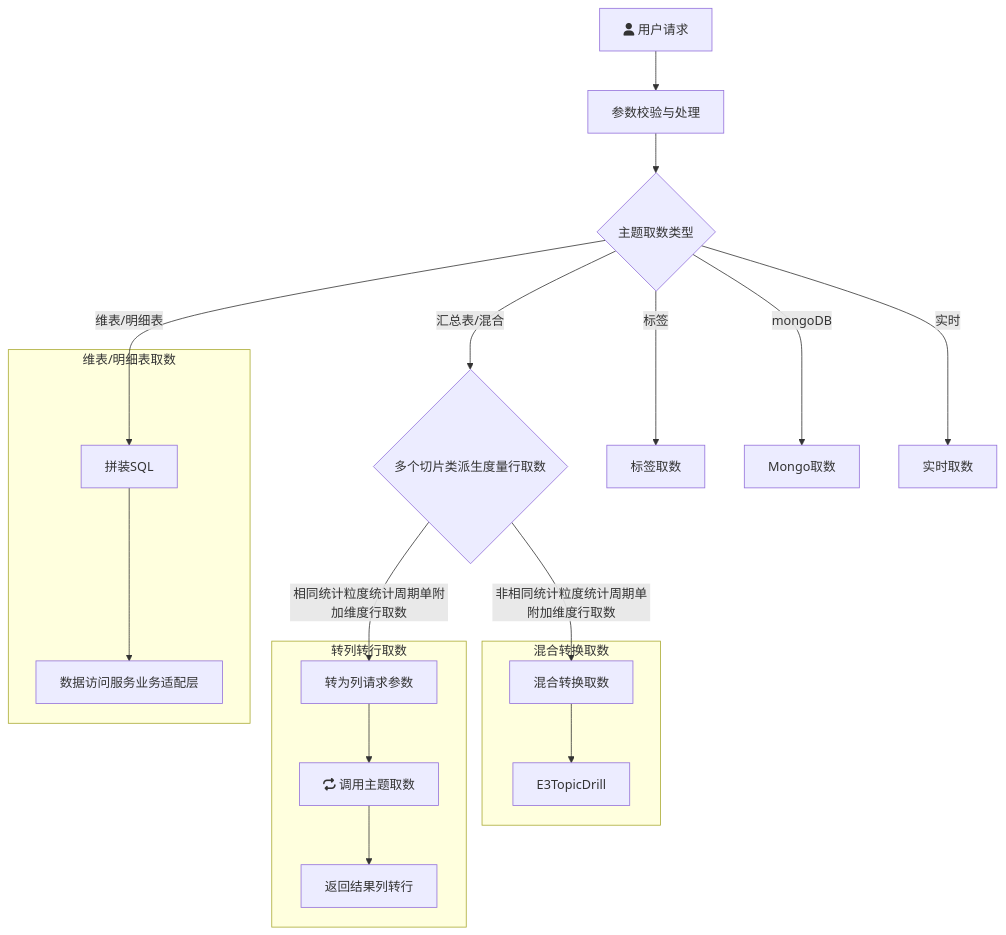
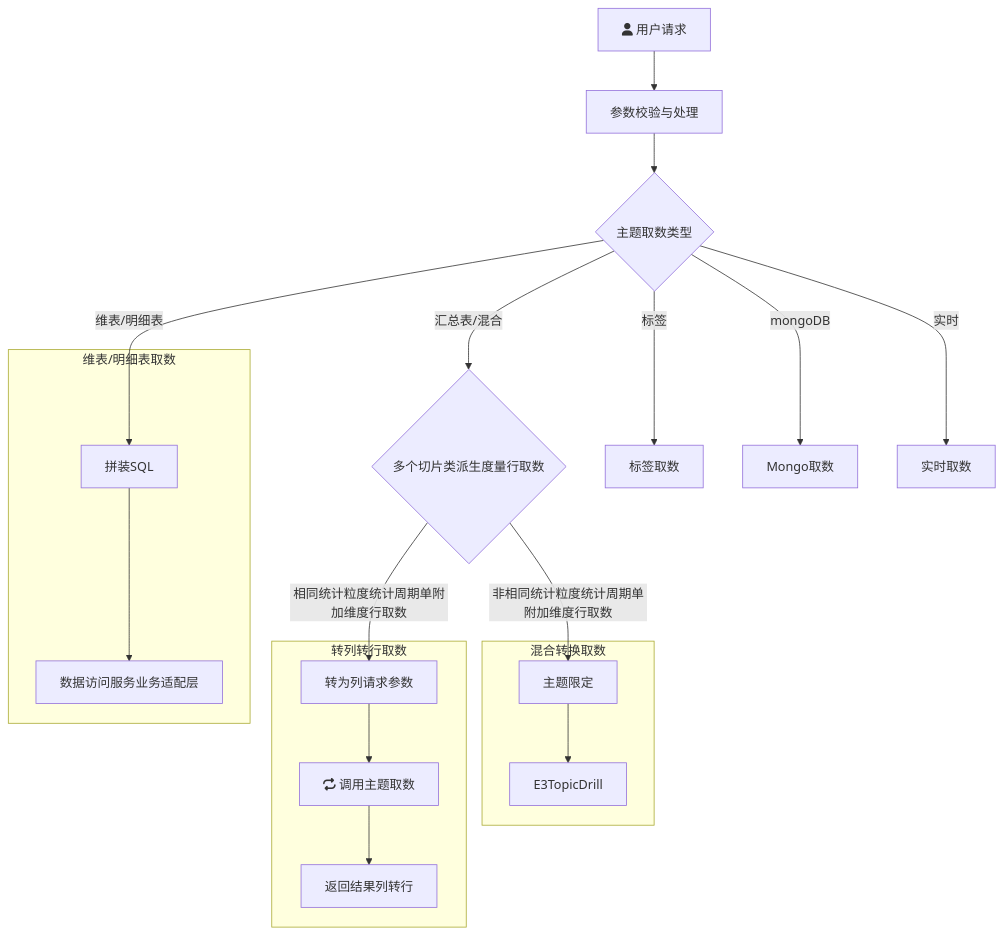
The diagram in all/未命名.md (yanglosm/iodraw-files), drawn with Mermaid before and after one commit.

Commit message:
2024-11-29 18:37:41 update

````diff
--- a/all/未命名.md
+++ b/all/未命名.md
@@ -1,20 +1,20 @@
 ```mermaid
 flowchart TD
     A[fa:fa-user 用户请求] -->A1[参数校验与处理] --> B{主题取数类型}
     B -->|维表/明细表| D[拼装SQL]
     B -->|汇总表/混合| E{多个切片类派生度量行取数}
     B -->|标签| F[标签取数]
     B -->|mongoDB| G[Mongo取数]
     B -->|实时| H[实时取数]
     E -->|相同统计粒度统计周期单附加维度行取数| E1[转为列请求参数]
-    E -->|非相同统计粒度统计周期单附加维度行取数| E2[混合转换取数]
+    E -->|非相同统计粒度统计周期单附加维度行取数| E2[主题限定]
     subgraph 维表/明细表取数
     D-->D1[数据访问服务业务适配层]
     end
     subgraph 转列转行取数
     E1-->E11[fa:fa-repeat 调用主题取数]-->E12[返回结果列转行]
     end
     subgraph 混合转换取数
     E2-->E3TopicDrill
     end
 ```
````
